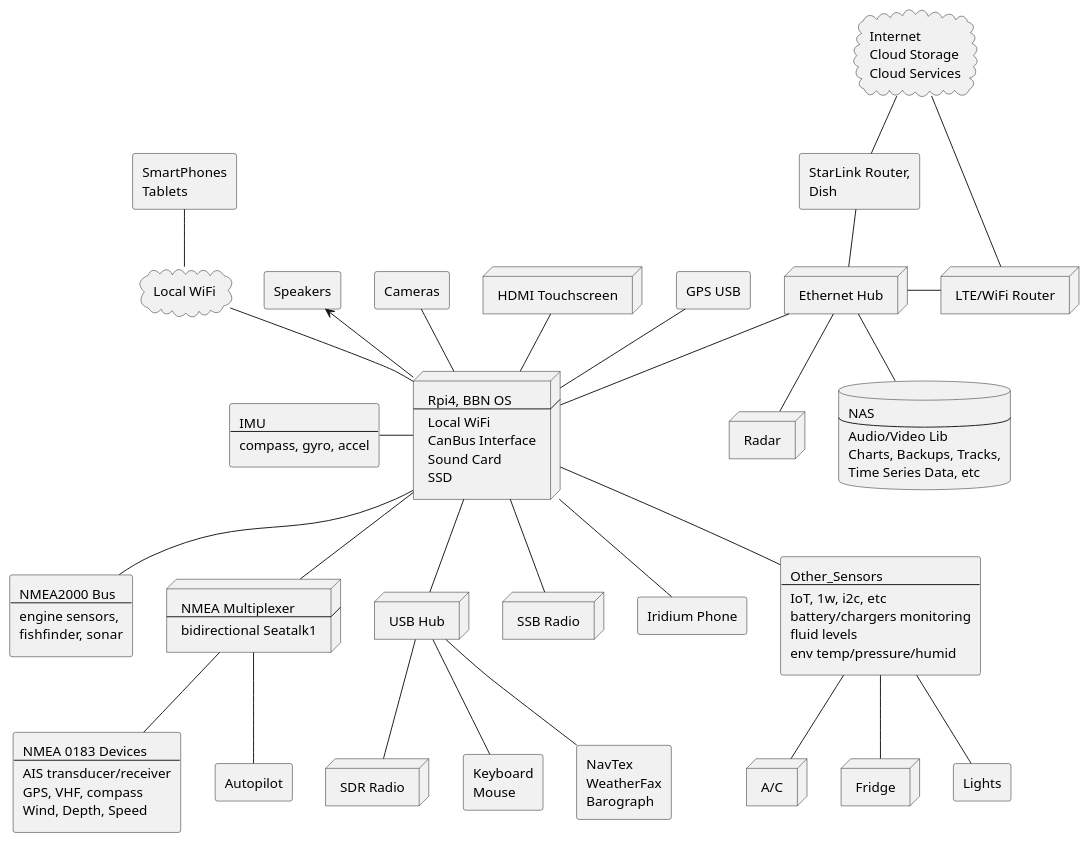
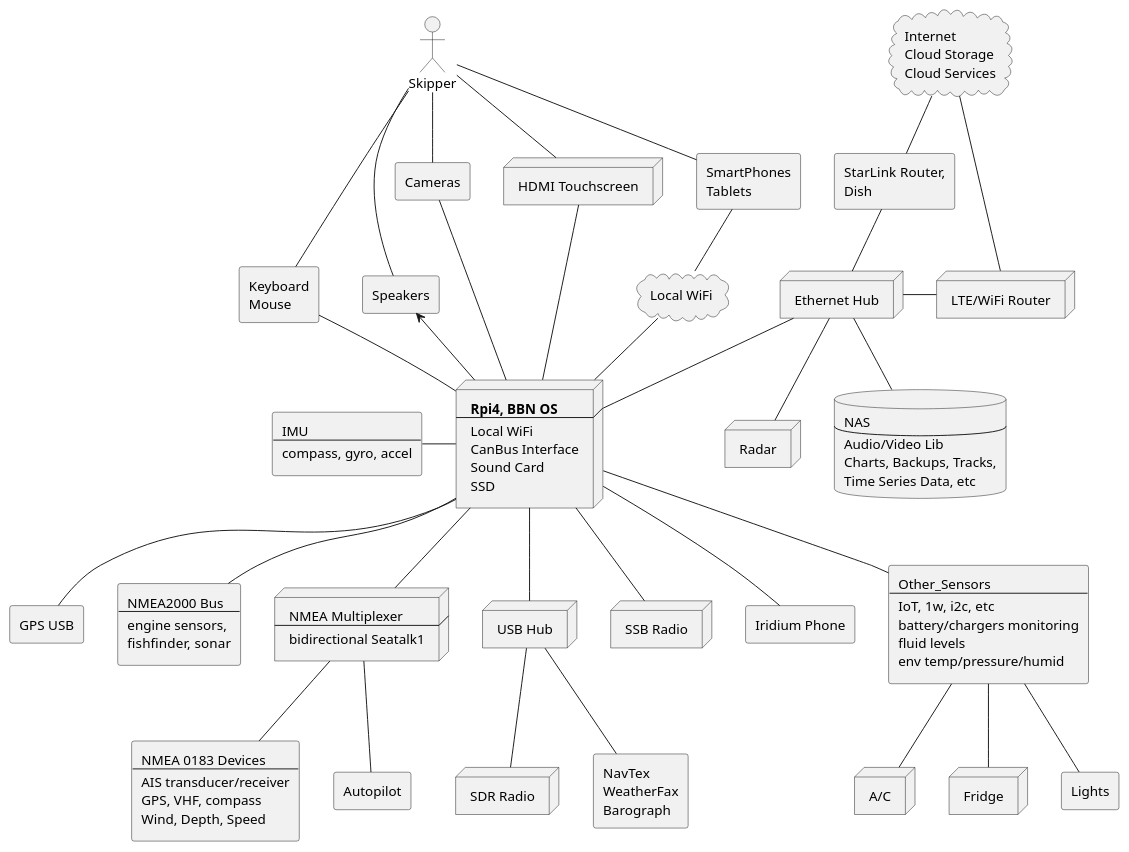
One commit to bareboat-necessities/my-bareboat changed the diagram in docs/plantuml/system-arch.puml. Above: the diagram before and after it, drawn with PlantUML.

```diff
--- a/docs/plantuml/system-arch.puml
+++ b/docs/plantuml/system-arch.puml
@@ -1,182 +1,192 @@
 @startuml
 
+actor Skipper [
+ Skipper
+]
+
 node RPI [
- Rpi4, BBN OS
+ <b>Rpi4, BBN OS
  ----
  Local WiFi
  CanBus Interface
  Sound Card
  SSD
 ]
 
 rectangle GPS [
  GPS USB
 ]
 
 rectangle IMU [
  IMU
  ----
  compass, gyro, accel
 ]
 
 rectangle NMEA_2000 [
  NMEA2000 Bus
  ----
  engine sensors,
  fishfinder, sonar
 ]
 
 node NMEA_Mux [
  NMEA Multiplexer
  ----
  bidirectional Seatalk1
 ]
 
 rectangle NMEA_0183 [
  NMEA 0183 Devices
  ----
  AIS transducer/receiver
  GPS, VHF, compass
  Wind, Depth, Speed
 ]
 
 rectangle AP [
  Autopilot
 ]
 
 node Eth_Hub [
  Ethernet Hub
 ]
 
 node USB_Hub [
  USB Hub
 ]
 
 node Router [
  LTE/WiFi Router
 ]
 
 rectangle Dish_Router [
  StarLink Router,
  Dish
 ]
 
 node Radar [
  Radar
 ]
 
 node Touchscreen [
  HDMI Touchscreen
 ]
 
 rectangle Speakers [
  Speakers
 ]
 
 rectangle Cameras [
  Cameras
 ]
 
 node SDR [
  SDR Radio
 ]
 
 node SSB [
  SSB Radio
 ]
 
 cloud WiFi_Local [
  Local WiFi
 ]
 
 rectangle Iridium [
  Iridium Phone
 ]
 
 rectangle Other_Sensors [
  Other_Sensors
  ----
  IoT, 1w, i2c, etc
  battery/chargers monitoring
  fluid levels
  env temp/pressure/humid
 ]
 
 node AC [
  A/C
 ]
 
 node Fridge [
  Fridge
 ]
 
 rectangle Lights [
  Lights
 ]
 
 rectangle Keyboard_Mouse [
  Keyboard
  Mouse
 ]
 
 rectangle Weather [
  NavTex
  WeatherFax
  Barograph
 ]
 
 rectangle SmartPhone [
  SmartPhones
  Tablets
 ]
 
 database NAS [
  NAS
  ----
  Audio/Video Lib
  Charts, Backups, Tracks,
  Time Series Data, etc
 ]
 
 cloud Cloud_Internet [
  Internet
  Cloud Storage
  Cloud Services
 ]
 
-RPI -u- GPS
+RPI -- GPS
 RPI -l- IMU
 RPI -- NMEA_2000
 RPI -- NMEA_Mux
 RPI -u- Eth_Hub
 RPI -- USB_Hub
 RPI -u- Touchscreen
 RPI -u- Cameras
 RPI -u-> Speakers
 RPI -- SSB
 RPI -- Iridium
 RPI -- Other_Sensors
 RPI -u- WiFi_Local
+RPI -u- Keyboard_Mouse
 
 SmartPhone -- WiFi_Local
 
 Eth_Hub -r- Router
 Eth_Hub -- Radar
 Eth_Hub -- NAS
 Eth_Hub -u- Dish_Router
 
 USB_Hub -- SDR
 USB_Hub -- Weather
-USB_Hub -- Keyboard_Mouse
 
 Other_Sensors -- AC
 Other_Sensors -- Fridge
 Other_Sensors -- Lights
 
 NMEA_Mux -- NMEA_0183
 NMEA_Mux -- AP
 
 Cloud_Internet -- Dish_Router
 Cloud_Internet -- Router
 
+Skipper -- Touchscreen
+Skipper -- Speakers
+Skipper -- Cameras
+Skipper -- SmartPhone
+Skipper -- Keyboard_Mouse
+
 @enduml
```
